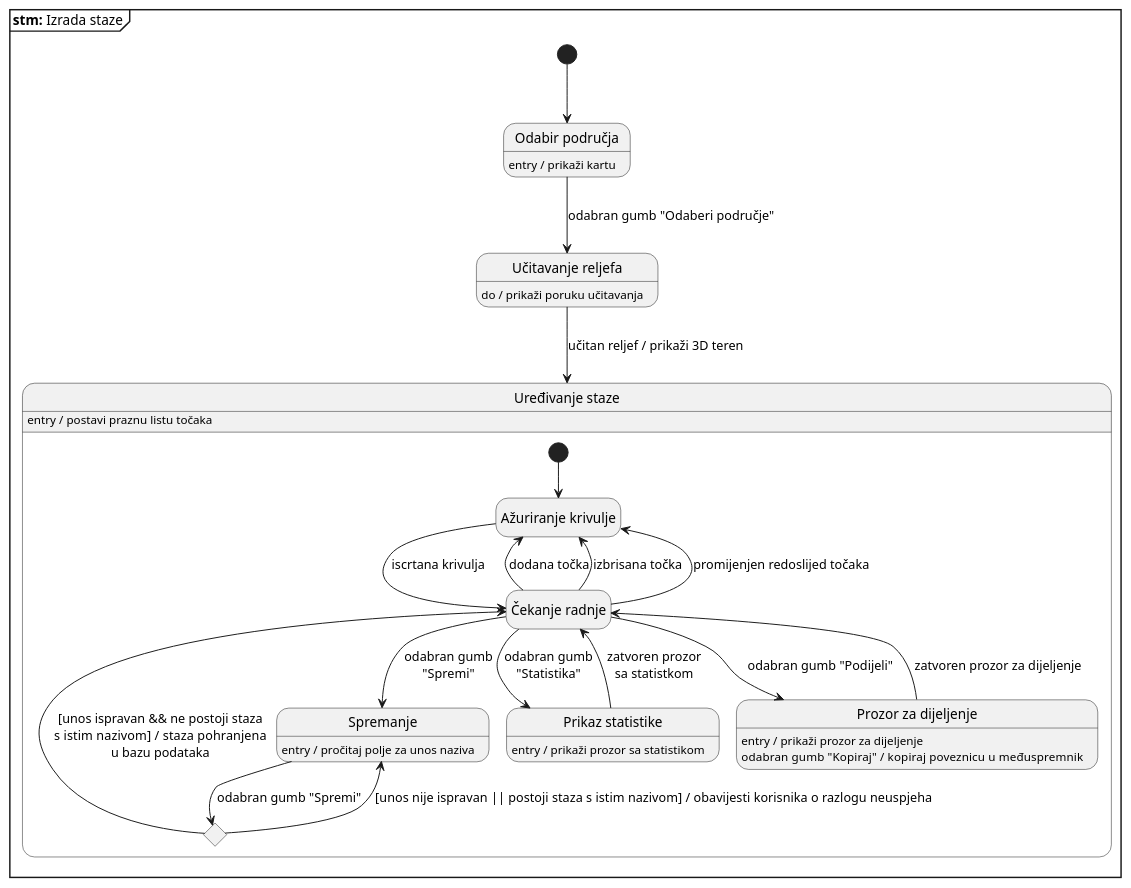
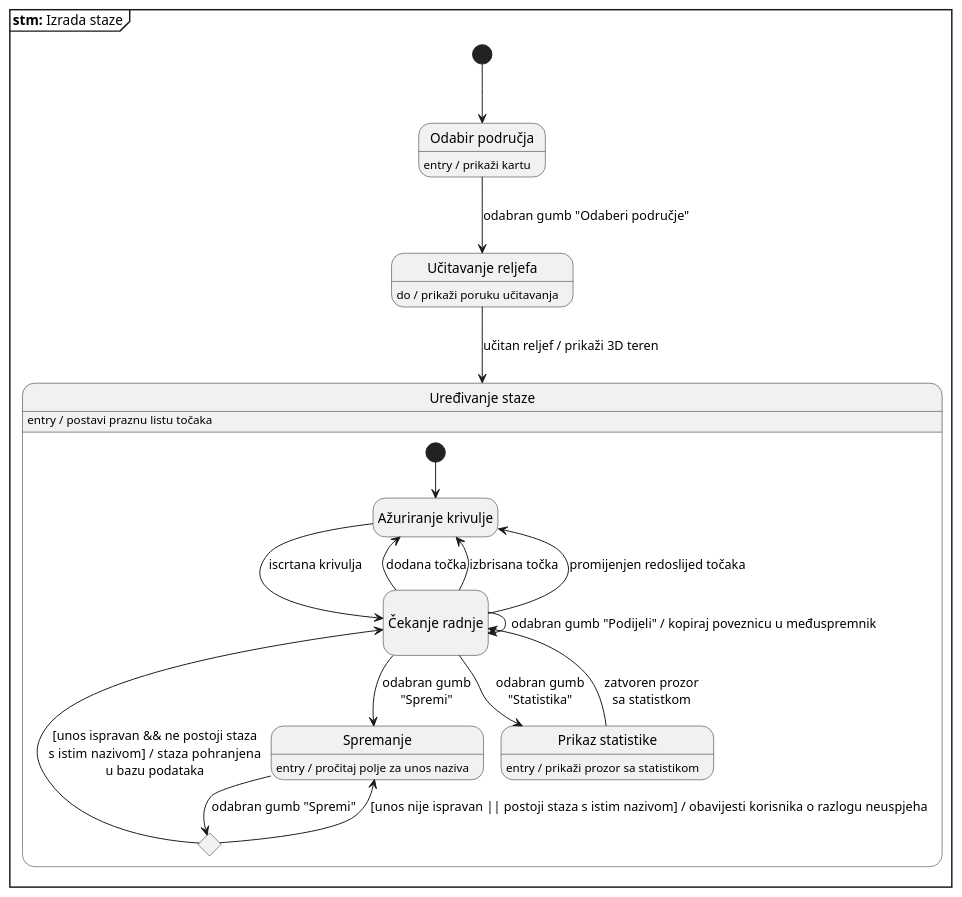
The diagram in docs/diagrams/dst1.wsd (Vito510/progi-projekt), drawn with PlantUML before and after one commit. The commit also changed 3 other files, not shown here.

```diff
--- a/docs/diagrams/dst1.wsd
+++ b/docs/diagrams/dst1.wsd
@@ -1,51 +1,47 @@
 @startuml IzradaStazeDijStanja
 hide empty description
 
 mainframe **stm:** Izrada staze
 
 state "Odabir područja" as s1
 s1 : entry / prikaži kartu
 
 state "Učitavanje reljefa" as s2
 s2 : do / prikaži poruku učitavanja
 
 state "Uređivanje staze" as s3 {
   s3 : entry / postavi praznu listu točaka
 
   state "Ažuriranje krivulje" as s3.1
   state uvjUnos <<choice>>
-  state "Čekanje radnje" as s3.2
+  state "\nČekanje radnje\n" as s3.2
   state "Spremanje" as s3.3
   s3.3 : entry / pročitaj polje za unos naziva
   state "Prikaz statistike" as s3.4
   s3.4 : entry / prikaži prozor sa statistikom
-  state "Prozor za dijeljenje" as s3.5
-  s3.5 : entry / prikaži prozor za dijeljenje\nodabran gumb "Kopiraj" / \
-  kopiraj poveznicu u međuspremnik
 
 
   [*] --> s3.1
   s3.1 --> s3.2 : iscrtana krivulja
   s3.2 --> s3.1 : dodana točka
   s3.2 --> s3.1 : izbrisana točka
   s3.2 --> s3.1 : promijenjen redoslijed točaka
 
   s3.2 --> s3.3 : odabran gumb\n"Spremi"
   s3.3 --> uvjUnos : odabran gumb "Spremi"
   uvjUnos --> s3.3 : [unos nije ispravan || postoji staza s istim nazivom]\
   / obavijesti korisnika o razlogu neuspjeha
   uvjUnos --> s3.2 : [unos ispravan && ne postoji staza\ns istim nazivom]\
   / staza pohranjena\nu bazu podataka
 
   s3.2 --> s3.4 : odabran gumb\n"Statistika"
   s3.4 --> s3.2 : zatvoren prozor\nsa statistkom
 
-  s3.2 --> s3.5 : odabran gumb "Podijeli"
-  s3.5 --> s3.2 : zatvoren prozor za dijeljenje
+  s3.2 --> s3.2 : odabran gumb "Podijeli" / kopiraj poveznicu u međuspremnik
 }
 
 [*] --> s1
 s1 --> s2 : odabran gumb "Odaberi područje"
 s2 --> s3 : učitan reljef / prikaži 3D teren
 
 @enduml
```
